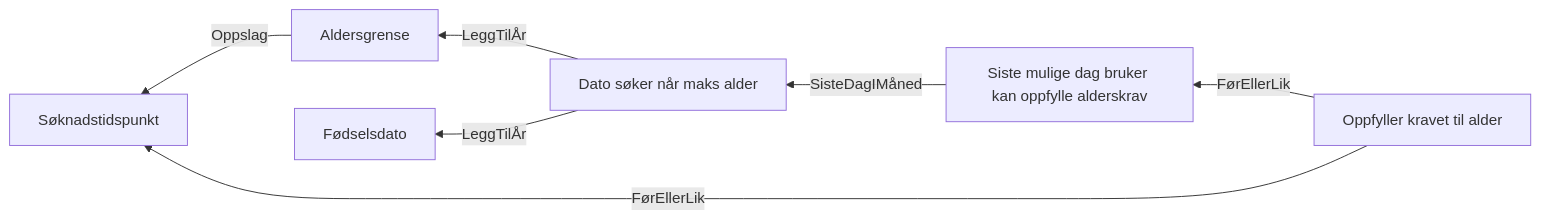
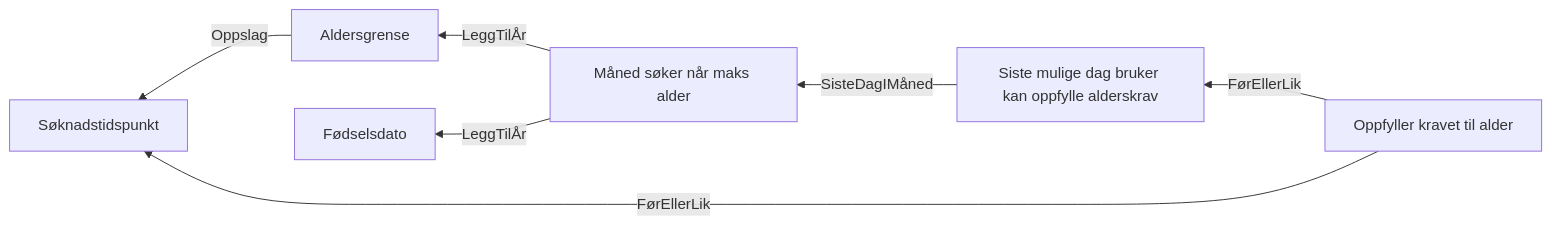
The diagram in docs/regler/§ 4-23. Bortfall på grunn av alder.approved.md (navikt/dp-vedtak), drawn with Mermaid before and after one commit. The commit also changed 1 other file, not shown here.

Commit message:
Legg til gitignore av received-filer fra approvaltest

````diff
--- a/docs/regler/§ 4-23. Bortfall på grunn av alder.approved.md
+++ b/docs/regler/§ 4-23. Bortfall på grunn av alder.approved.md
@@ -5,9 +5,9 @@
 ```mermaid
 graph RL
   A["Aldersgrense"] -->|"Oppslag"| B["Søknadstidspunkt"]
-  C["Dato søker når maks alder"] -->|"LeggTilÅr"| D["Fødselsdato"]
-  C["Dato søker når maks alder"] -->|"LeggTilÅr"| A["Aldersgrense"]
-  E["Siste mulige dag bruker kan oppfylle alderskrav"] -->|"SisteDagIMåned"| C["Dato søker når maks alder"]
+  C["Måned søker når maks alder"] -->|"LeggTilÅr"| D["Fødselsdato"]
+  C["Måned søker når maks alder"] -->|"LeggTilÅr"| A["Aldersgrense"]
+  E["Siste mulige dag bruker kan oppfylle alderskrav"] -->|"SisteDagIMåned"| C["Måned søker når maks alder"]
   F["Oppfyller kravet til alder"] -->|"FørEllerLik"| B["Søknadstidspunkt"]
   F["Oppfyller kravet til alder"] -->|"FørEllerLik"| E["Siste mulige dag bruker kan oppfylle alderskrav"]
 ```
````
